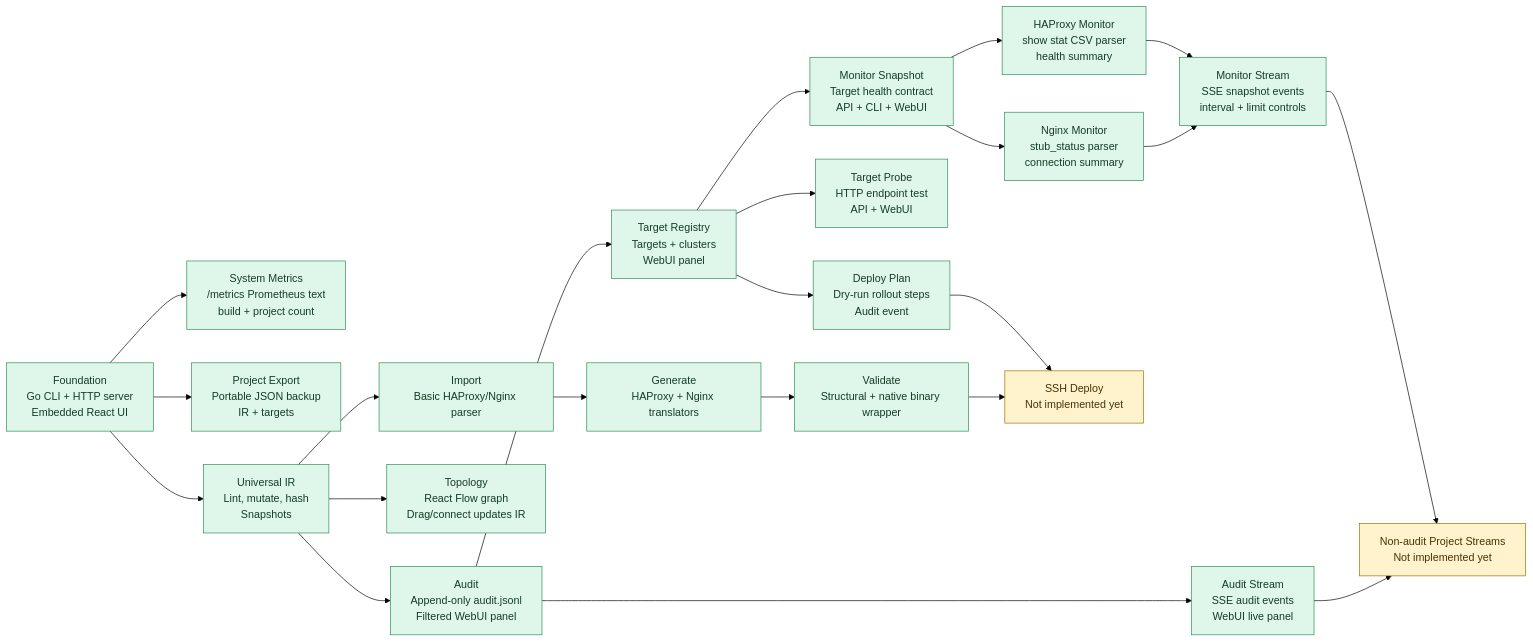
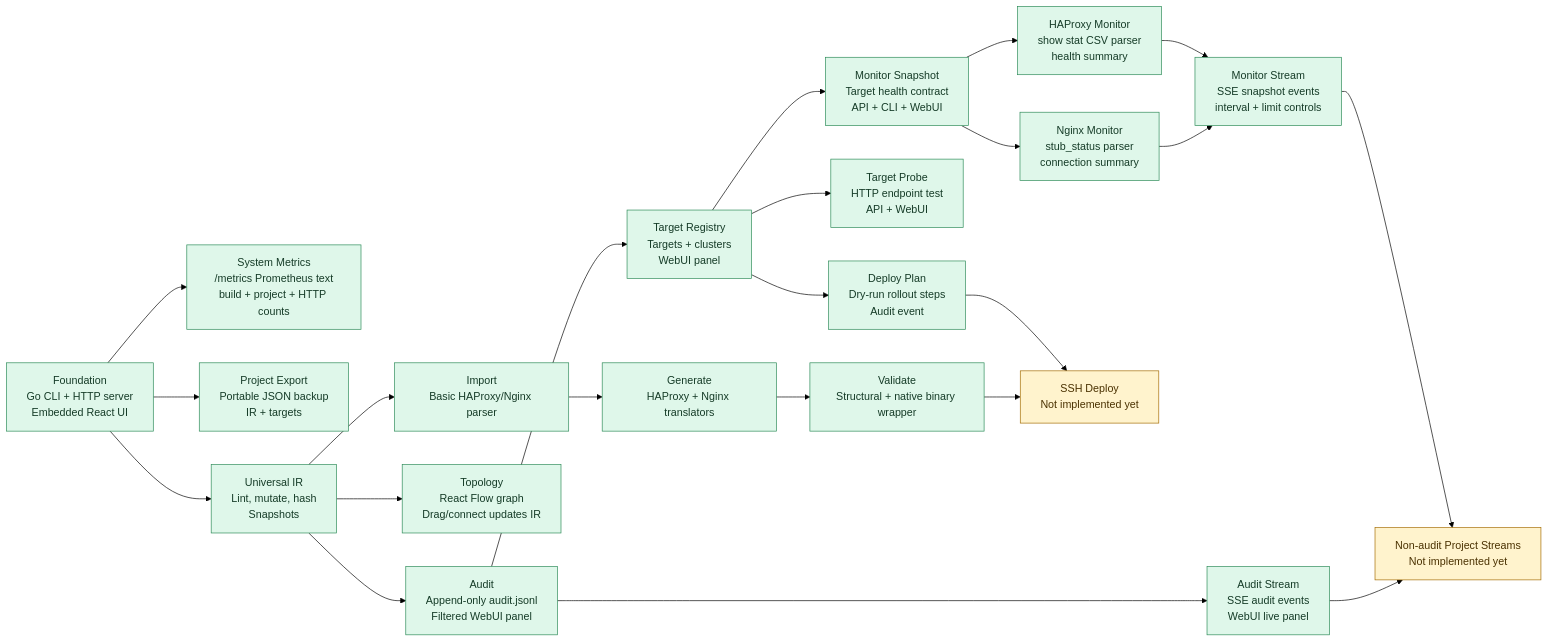
One commit to ersinkoc/Mizan changed the first of 19 diagrams in ARCHITECTURE.md. Above: the diagram before and after it, drawn with Mermaid (forest theme). The commit also changed other lines of this file and 7 other files, not shown here.

Commit message:
Add HTTP request metrics

````diff
--- a/ARCHITECTURE.md
+++ b/ARCHITECTURE.md
@@ -7,44 +7,44 @@
 ```mermaid
 flowchart LR
   Foundation["Foundation\nGo CLI + HTTP server\nEmbedded React UI"]:::done
-  Metrics["System Metrics\n/metrics Prometheus text\nbuild + project count"]:::done
+  Metrics["System Metrics\n/metrics Prometheus text\nbuild + project + HTTP counts"]:::done
   ProjectExport["Project Export\nPortable JSON backup\nIR + targets"]:::done
   IR["Universal IR\nLint, mutate, hash\nSnapshots"]:::done
   Import["Import\nBasic HAProxy/Nginx parser"]:::done
   Generate["Generate\nHAProxy + Nginx translators"]:::done
   Validate["Validate\nStructural + native binary wrapper"]:::done
   Topology["Topology\nReact Flow graph\nDrag/connect updates IR"]:::done
   Audit["Audit\nAppend-only audit.jsonl\nFiltered WebUI panel"]:::done
   AuditStream["Audit Stream\nSSE audit events\nWebUI live panel"]:::done
   Targets["Target Registry\nTargets + clusters\nWebUI panel"]:::done
   TargetProbe["Target Probe\nHTTP endpoint test\nAPI + WebUI"]:::done
   DeployPlan["Deploy Plan\nDry-run rollout steps\nAudit event"]:::done
   MonitorBase["Monitor Snapshot\nTarget health contract\nAPI + CLI + WebUI"]:::done
   HAProxyMonitor["HAProxy Monitor\nshow stat CSV parser\nhealth summary"]:::done
   NginxMonitor["Nginx Monitor\nstub_status parser\nconnection summary"]:::done
   MonitorStream["Monitor Stream\nSSE snapshot events\ninterval + limit controls"]:::done
   Deploy["SSH Deploy\nNot implemented yet"]:::todo
   ProjectStream["Non-audit Project Streams\nNot implemented yet"]:::todo
 
   Foundation --> Metrics
   Foundation --> ProjectExport
   Foundation --> IR --> Import --> Generate --> Validate
   IR --> Topology
   IR --> Audit
   Audit --> AuditStream
   Audit --> Targets
   Targets --> TargetProbe
   Targets --> DeployPlan
   DeployPlan --> Deploy
   Validate --> Deploy
   Targets --> MonitorBase
   MonitorBase --> HAProxyMonitor
   MonitorBase --> NginxMonitor
   HAProxyMonitor --> MonitorStream
   NginxMonitor --> MonitorStream
   MonitorStream --> ProjectStream
   AuditStream --> ProjectStream
 
   classDef done fill:#dff7ea,stroke:#2b8a57,color:#153b27;
   classDef todo fill:#fff3cd,stroke:#a36b00,color:#4a3100;
 ```
````
